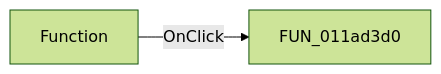
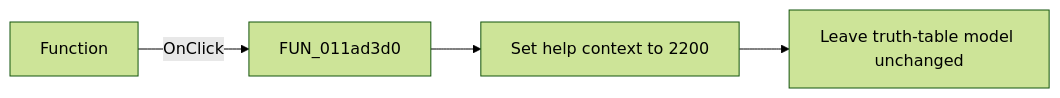
The diagram in docs/ui-controls/tables-form/radiogroup1-e107aa4654.md (MovGP0/TIARA), drawn with Mermaid (forest theme) before and after one commit. The commit also changed other lines of this file and 387 other files, not shown here.

````diff
--- a/docs/ui-controls/tables-form/radiogroup1-e107aa4654.md
+++ b/docs/ui-controls/tables-form/radiogroup1-e107aa4654.md
@@ -27,4 +27,6 @@
 ```mermaid
 flowchart LR
     control["Function"] -->|OnClick| handler["FUN_011ad3d0"]
+    handler --> topic["Set help context to 2200"]
+    topic --> done["Leave truth-table model unchanged"]
 ```
````
